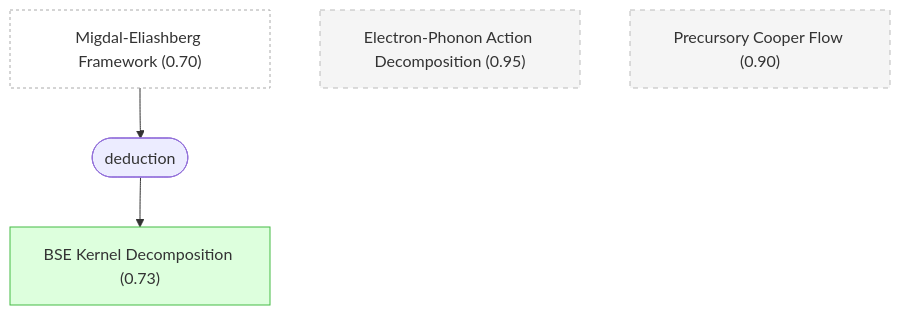
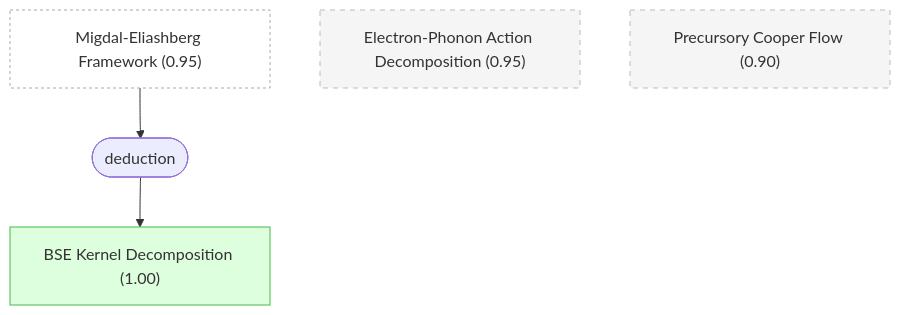
Before and after one commit to kunyuan/SuperconductivityElectronLiquids.gaia: the second of 6 diagrams in README.md, drawn with Mermaid. The commit also changed other lines of this file and 1 other file, not shown here.

````diff
--- a/README.md
+++ b/README.md
@@ -195,20 +195,20 @@
 ```mermaid
 graph TD
-    me_framework["Migdal-Eliashberg Framework (0.70)"]:::external
+    me_framework["Migdal-Eliashberg Framework (0.95)"]:::external
     electron_phonon_action["Electron-Phonon Action Decomposition (0.95)"]:::background
-    bse_kernel_decomposition["BSE Kernel Decomposition (0.73)"]:::derived
+    bse_kernel_decomposition["BSE Kernel Decomposition (1.00)"]:::derived
     precursory_cooper_flow["Precursory Cooper Flow (0.90)"]:::background
     strat_1(["deduction"])
     me_framework --> strat_1
     strat_1 --> bse_kernel_decomposition
 
     classDef setting fill:#f0f0f0,stroke:#999,color:#333
     classDef premise fill:#ddeeff,stroke:#4488bb,color:#333
     classDef derived fill:#ddffdd,stroke:#44bb44,color:#333
     classDef question fill:#fff3dd,stroke:#cc9944,color:#333
     classDef background fill:#f5f5f5,stroke:#bbb,stroke-dasharray: 5 5,color:#333
     classDef orphan fill:#fff,stroke:#ccc,stroke-dasharray: 5 5,color:#333
     classDef external fill:#fff,stroke:#aaa,stroke-dasharray: 3 3,color:#333
     classDef weak fill:#fff9c4,stroke:#f9a825,stroke-dasharray: 5 5,color:#333
     classDef contra fill:#ffebee,stroke:#c62828,color:#333
 ```
````
